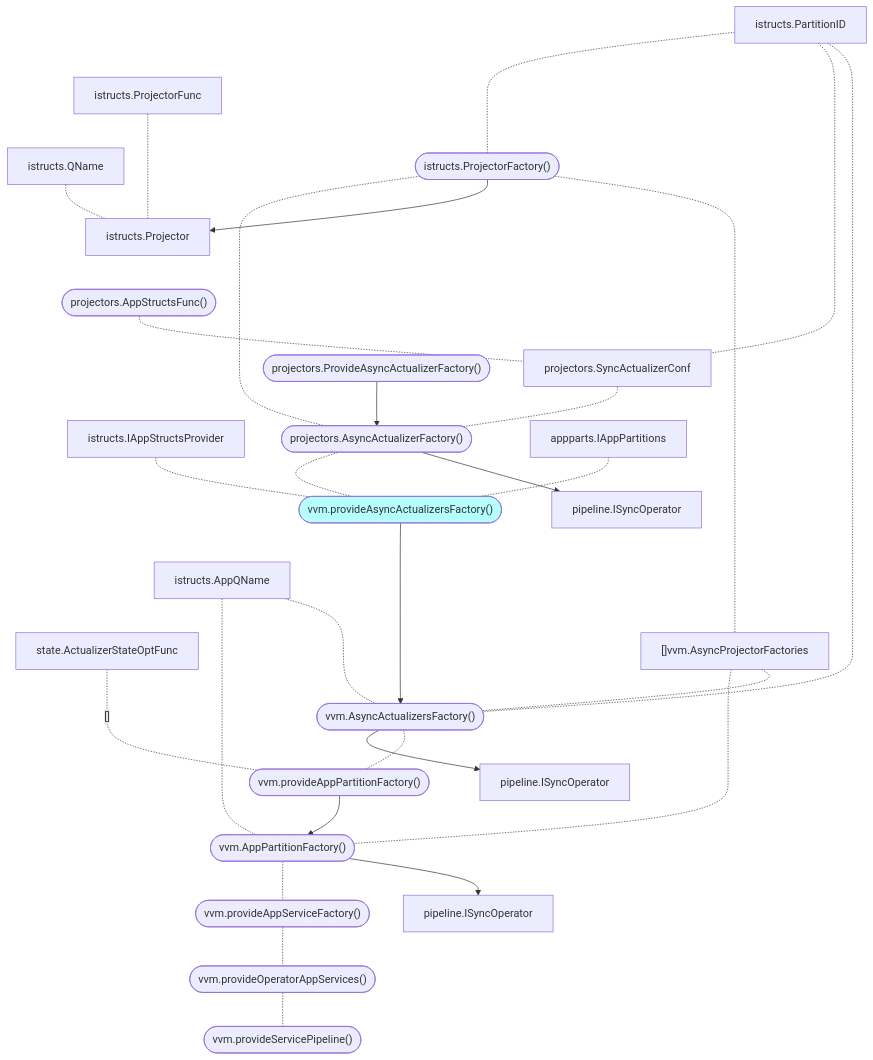
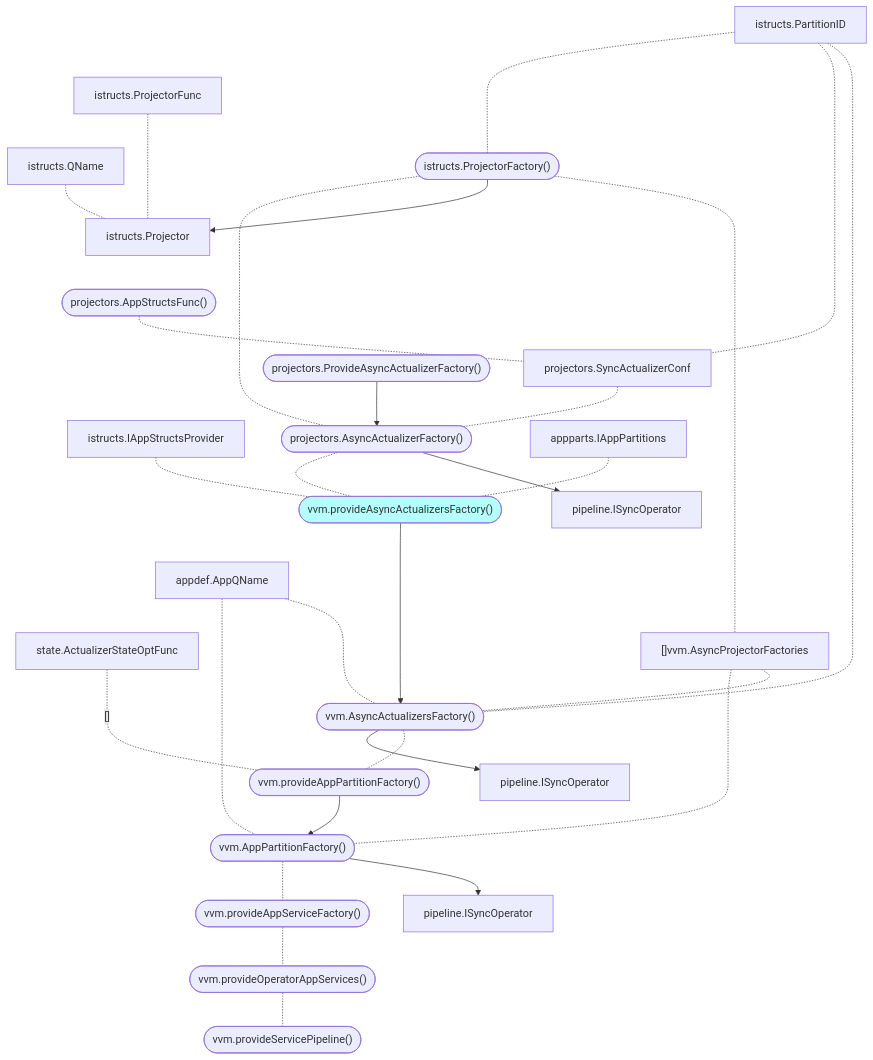
Before and after one commit to voedger/voedger: the diagram in design/0-inv/20240306-async/README.md, drawn with Mermaid. The commit also changed other lines of this file and 101 other files, not shown here.

Commit message:
replace istructs.AppQName -> appdef.AppQName

````diff
--- a/design/0-inv/20240306-async/README.md
+++ b/design/0-inv/20240306-async/README.md
@@ -12,79 +12,79 @@
 ```mermaid
 graph
 
 %% Entities ====================
 
 pipeline.ISyncOperator
 pipeline.ISyncOperator2["pipeline.ISyncOperator"]
 pipeline.ISyncOperator3["pipeline.ISyncOperator"]
 
 state.ActualizerStateOptFunc
 
 istructs.QName
-istructs.AppQName
+appdef.AppQName
 istructs.PartitionID
 istructs.IAppStructsProvider
 istructs.ProjectorFactory(["istructs.ProjectorFactory()"])
 istructs.Projector
 istructs.ProjectorFunc
 
 projectors.SyncActualizerConf
 projectors.AppStructsFunc(["projectors.AppStructsFunc()"])
 projectors.AsyncActualizerFactory(["projectors.AsyncActualizerFactory()"])
 projectors.ProvideAsyncActualizerFactory(["projectors.ProvideAsyncActualizerFactory()"])
 
 appparts.IAppPartitions
 
 vvm.provideAsyncActualizersFactory(["vvm.provideAsyncActualizersFactory()"]):::S
 vvm.provideAppPartitionFactory(["vvm.provideAppPartitionFactory()"])
 vvm.provideAppServiceFactory(["vvm.provideAppServiceFactory()"])
 vvm.provideOperatorAppServices(["vvm.provideOperatorAppServices()"])
 vvm.provideServicePipeline(["vvm.provideServicePipeline()"])
 vvm.AsyncActualizersFactory(["vvm.AsyncActualizersFactory()"])
 vvm.AsyncProjectorFactories["[]vvm.AsyncProjectorFactories"]
 vvm.AppPartitionFactory(["vvm.AppPartitionFactory()"])
 
 %% Relations ====================
 
 istructs.ProjectorFunc -..- istructs.Projector
 istructs.QName -.- istructs.Projector
 
 istructs.PartitionID -..- istructs.ProjectorFactory
 projectors.AppStructsFunc -.- projectors.SyncActualizerConf
 istructs.PartitionID -.- projectors.SyncActualizerConf
 projectors.ProvideAsyncActualizerFactory --> projectors.AsyncActualizerFactory
 projectors.SyncActualizerConf -.- projectors.AsyncActualizerFactory
 istructs.ProjectorFactory -....- projectors.AsyncActualizerFactory
 
 istructs.ProjectorFactory --> istructs.Projector
 
 
 istructs.IAppStructsProvider -.- vvm.provideAsyncActualizersFactory
 appparts.IAppPartitions -.- vvm.provideAsyncActualizersFactory
 projectors.AsyncActualizerFactory -.- vvm.provideAsyncActualizersFactory
 projectors.AsyncActualizerFactory --> pipeline.ISyncOperator3
 
 state.ActualizerStateOptFunc -..- |"[]"| vvm.provideAppPartitionFactory
 vvm.provideAsyncActualizersFactory ----> vvm.AsyncActualizersFactory
 vvm.provideAppPartitionFactory --> vvm.AppPartitionFactory
-istructs.AppQName -.- vvm.AppPartitionFactory
+appdef.AppQName -.- vvm.AppPartitionFactory
 vvm.AsyncProjectorFactories -.- vvm.AppPartitionFactory
 
 vvm.AppPartitionFactory -.- vvm.provideAppServiceFactory
 vvm.AppPartitionFactory --> pipeline.ISyncOperator2
 
 
 vvm.provideAppServiceFactory -.- vvm.provideOperatorAppServices
 vvm.provideOperatorAppServices -.- vvm.provideServicePipeline
 
 vvm.AsyncActualizersFactory --> pipeline.ISyncOperator
 vvm.AsyncActualizersFactory -.- vvm.provideAppPartitionFactory
 
 istructs.ProjectorFactory -.- vvm.AsyncProjectorFactories
 
-istructs.AppQName -..- vvm.AsyncActualizersFactory
+appdef.AppQName -..- vvm.AsyncActualizersFactory
 vvm.AsyncProjectorFactories -.- vvm.AsyncActualizersFactory
 istructs.PartitionID -.- vvm.AsyncActualizersFactory
 
 classDef S fill:#B5FFFF
 ```
````
